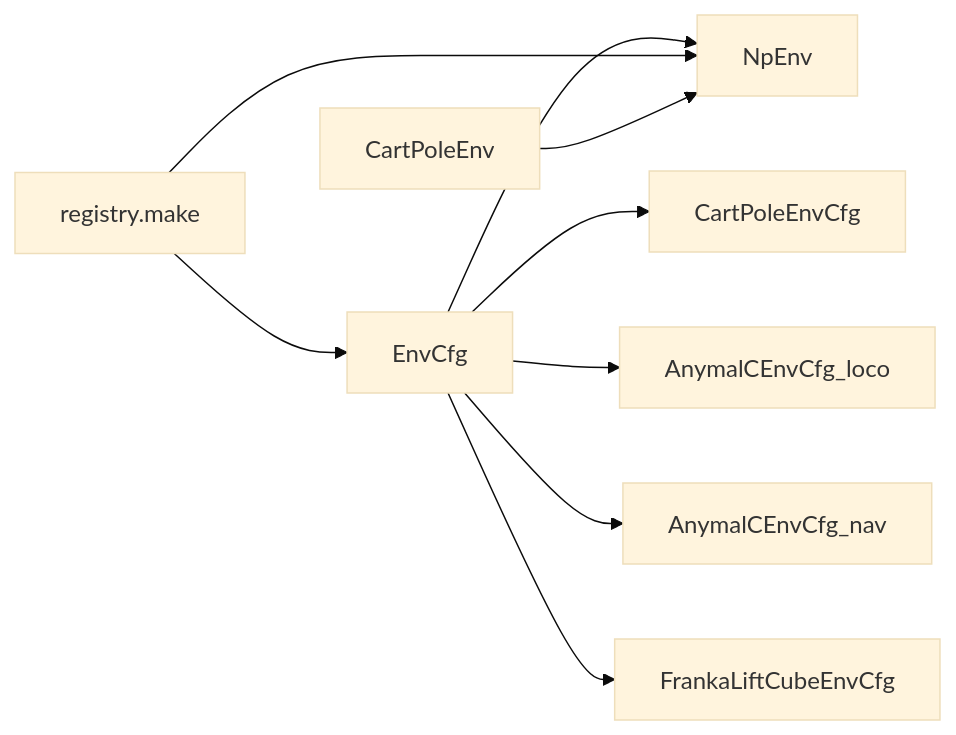
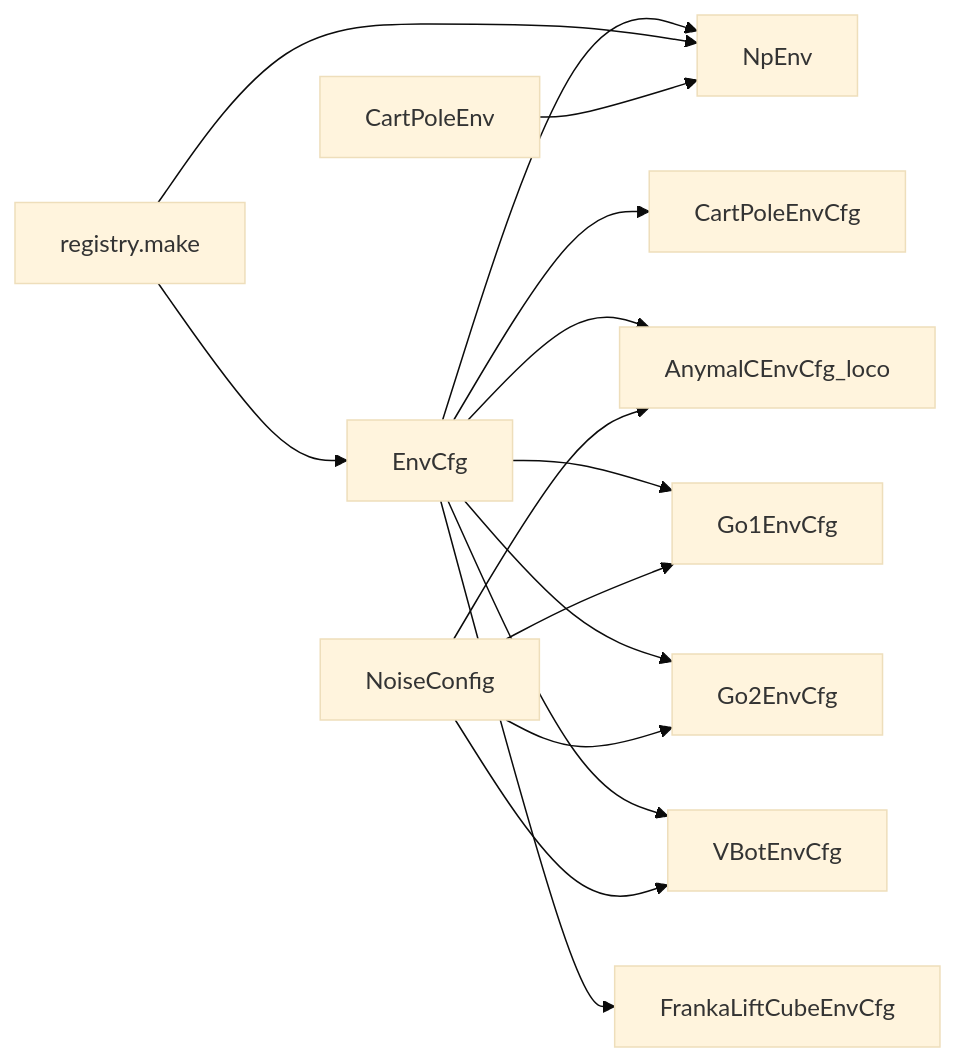
The sixth of 7 diagrams in .qoder/repowiki/en/content/Environment System/Configuration Management.md (jayjayhust/MotrixLab), drawn with Mermaid (base theme) before and after one commit. The commit also changed other lines of this file and 15 other files, not shown here.

````diff
--- a/.qoder/repowiki/en/content/Environment System/Configuration Management.md
+++ b/.qoder/repowiki/en/content/Environment System/Configuration Management.md
@@ -353,11 +404,17 @@
 ```mermaid
 graph LR
 EnvCfg["EnvCfg"] --> NpEnv["NpEnv"]
 EnvCfg --> CartPoleEnvCfg["CartPoleEnvCfg"]
 EnvCfg --> AnymalCEnvCfg_loco["AnymalCEnvCfg_loco"]
-EnvCfg --> AnymalCEnvCfg_nav["AnymalCEnvCfg_nav"]
+EnvCfg --> Go1EnvCfg["Go1EnvCfg"]
+EnvCfg --> Go2EnvCfg["Go2EnvCfg"]
+EnvCfg --> VBotEnvCfg["VBotEnvCfg"]
 EnvCfg --> FrankaLiftCubeEnvCfg["FrankaLiftCubeEnvCfg"]
 Registry["registry.make"] --> EnvCfg
 Registry --> NpEnv
 CartPoleEnv["CartPoleEnv"] --> NpEnv
+NoiseConfig["NoiseConfig"] --> Go1EnvCfg
+NoiseConfig --> Go2EnvCfg
+NoiseConfig --> AnymalCEnvCfg_loco
+NoiseConfig --> VBotEnvCfg
 ```
````
